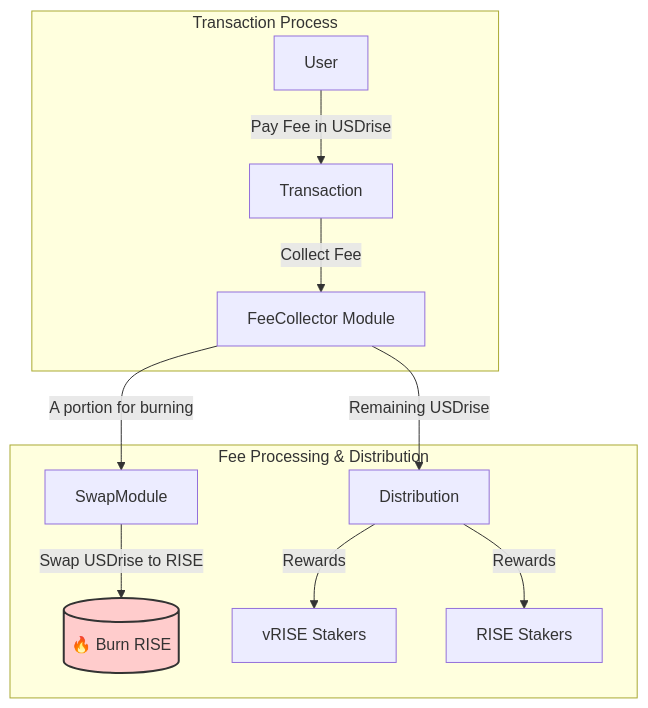
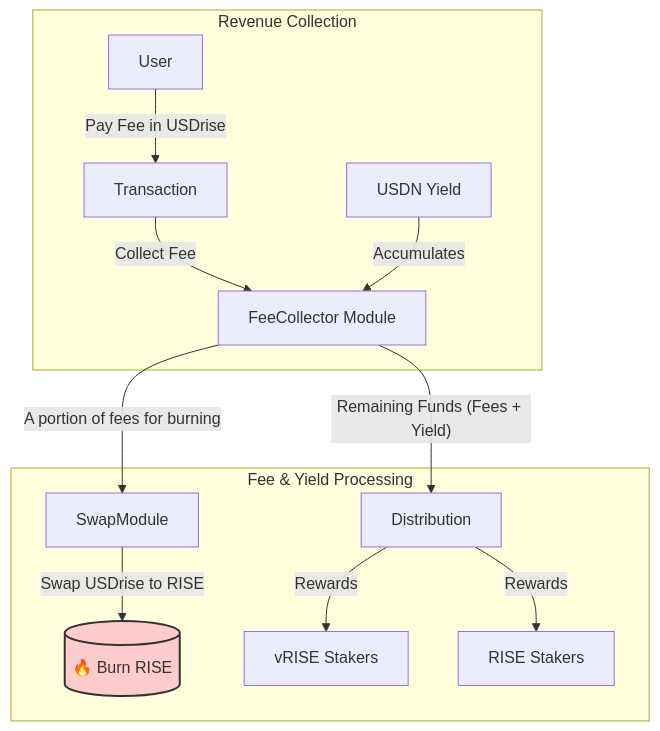
The diagram in learn/usdrise/README.md (sunriselayer/gitbook), drawn with Mermaid before and after one commit. The commit also changed other lines of this file, not shown here.

Commit message:
update USDN yield

````diff
--- a/learn/usdrise/README.md
+++ b/learn/usdrise/README.md
@@ -25,17 +25,18 @@
 ```mermaid
 graph TD;
-    subgraph Transaction Process
+    subgraph Revenue Collection
         User -- "Pay Fee in USDrise" --> Transaction;
         Transaction -- "Collect Fee" --> FeeCollector["FeeCollector Module"];
+        USDN_Yield["USDN Yield"] -- "Accumulates" --> FeeCollector;
     end
 
-    subgraph Fee Processing & Distribution
-        FeeCollector -- "A portion for burning" --> SwapModule;
+    subgraph Fee & Yield Processing
+        FeeCollector -- "A portion of fees for burning" --> SwapModule;
         SwapModule -- "Swap USDrise to RISE" --> Burn[("🔥 Burn RISE")];
-        FeeCollector -- "Remaining USDrise" --> Distribution;
+        FeeCollector -- "Remaining Funds (Fees + Yield)" --> Distribution;
         Distribution -- "Rewards" --> vRISE_Stakers["vRISE Stakers"];
         Distribution -- "Rewards" --> RISE_Stakers["RISE Stakers"];
     end
 
     style Burn fill:#ffcccc,stroke:#333,stroke-width:2px
 ```
````
